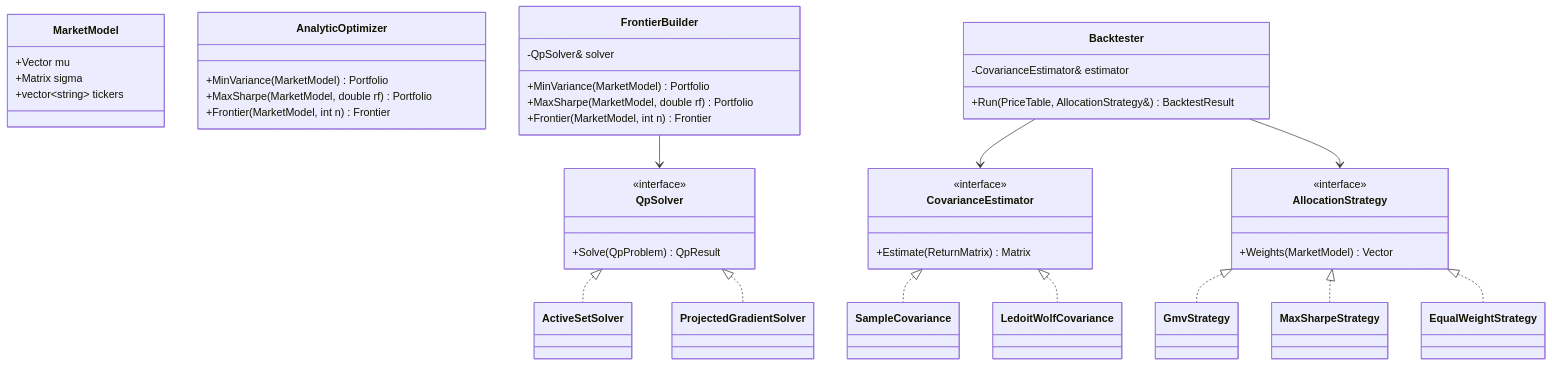
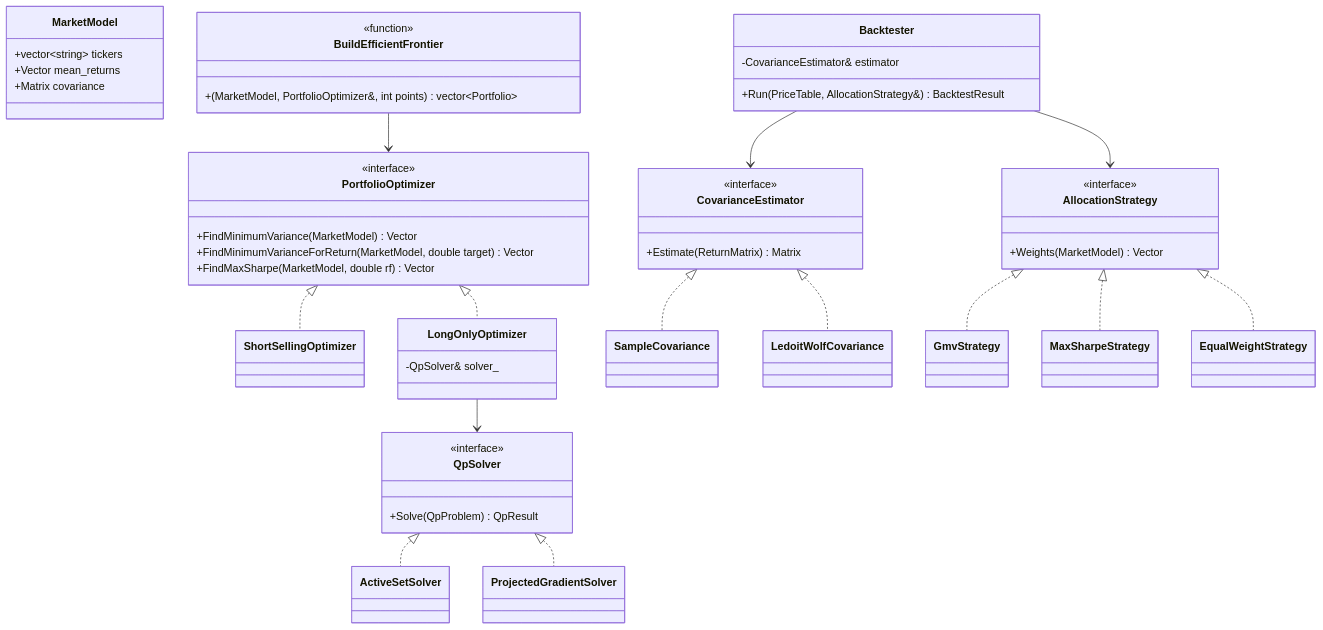
Before and after one commit to NeuroWorknotNeo/Software-Engineering-Project: the second of 3 diagrams in docs/ARCHITECTURE.md, drawn with Mermaid. The commit also changed other lines of this file and 23 other files, not shown here.

First line of the commit message:
Add portfolio optimizers, efficient frontier and optimize/frontier commands

````diff
--- a/docs/ARCHITECTURE.md
+++ b/docs/ARCHITECTURE.md
@@ -41,50 +41,55 @@
 ```mermaid
 classDiagram
     class CovarianceEstimator {
         <<interface>>
         +Estimate(ReturnMatrix) Matrix
     }
     CovarianceEstimator <|.. SampleCovariance
     CovarianceEstimator <|.. LedoitWolfCovariance
 
     class MarketModel {
-        +Vector mu
-        +Matrix sigma
         +vector~string~ tickers
+        +Vector mean_returns
+        +Matrix covariance
     }
 
     class QpSolver {
         <<interface>>
         +Solve(QpProblem) QpResult
     }
     QpSolver <|.. ActiveSetSolver
     QpSolver <|.. ProjectedGradientSolver
 
-    class AnalyticOptimizer {
-        +MinVariance(MarketModel) Portfolio
-        +MaxSharpe(MarketModel, double rf) Portfolio
-        +Frontier(MarketModel, int n) Frontier
+    class PortfolioOptimizer {
+        <<interface>>
+        +FindMinimumVariance(MarketModel) Vector
+        +FindMinimumVarianceForReturn(MarketModel, double target) Vector
+        +FindMaxSharpe(MarketModel, double rf) Vector
     }
-    class FrontierBuilder {
-        -QpSolver& solver
-        +MinVariance(MarketModel) Portfolio
-        +MaxSharpe(MarketModel, double rf) Portfolio
-        +Frontier(MarketModel, int n) Frontier
+    PortfolioOptimizer <|.. ShortSellingOptimizer
+    PortfolioOptimizer <|.. LongOnlyOptimizer
+    class LongOnlyOptimizer {
+        -QpSolver& solver_
     }
-    FrontierBuilder --> QpSolver
+    LongOnlyOptimizer --> QpSolver
+    class BuildEfficientFrontier {
+        <<function>>
+        +(MarketModel, PortfolioOptimizer&, int points) vector~Portfolio~
+    }
+    BuildEfficientFrontier --> PortfolioOptimizer
 
     class AllocationStrategy {
         <<interface>>
         +Weights(MarketModel) Vector
     }
     AllocationStrategy <|.. GmvStrategy
     AllocationStrategy <|.. MaxSharpeStrategy
     AllocationStrategy <|.. EqualWeightStrategy
 
     class Backtester {
         -CovarianceEstimator& estimator
         +Run(PriceTable, AllocationStrategy&) BacktestResult
     }
     Backtester --> CovarianceEstimator
     Backtester --> AllocationStrategy
 ```
````
